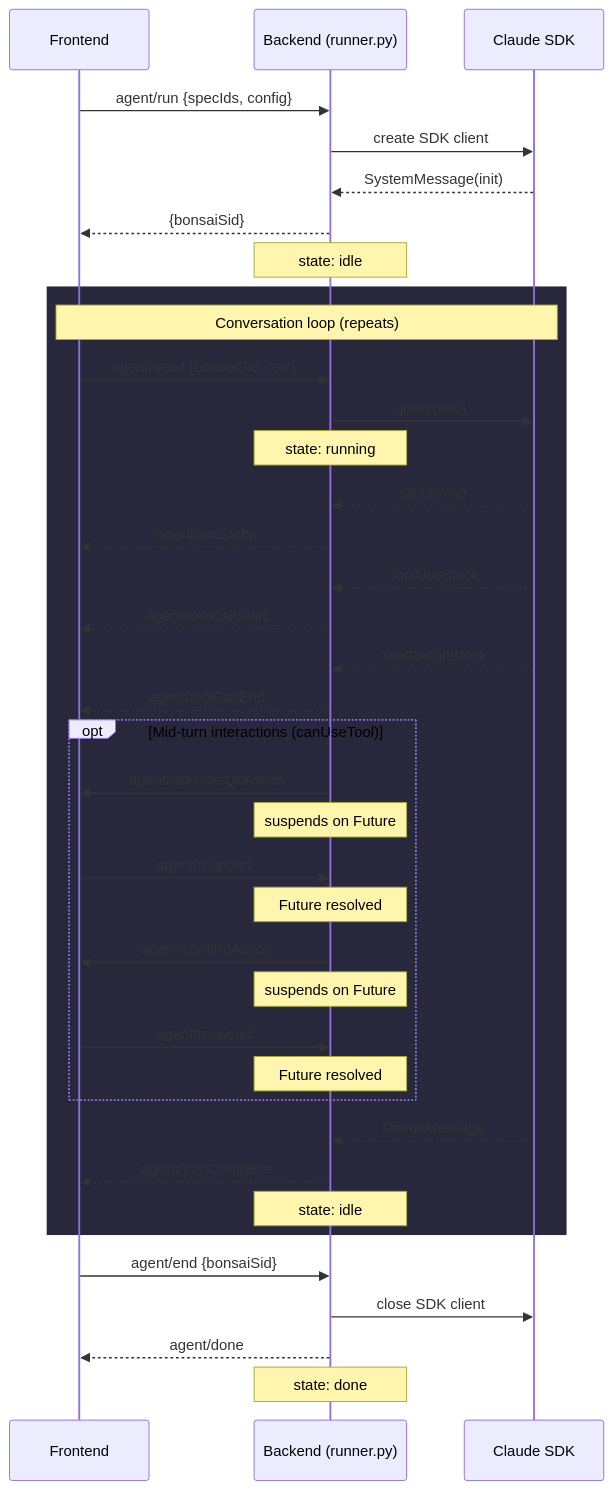
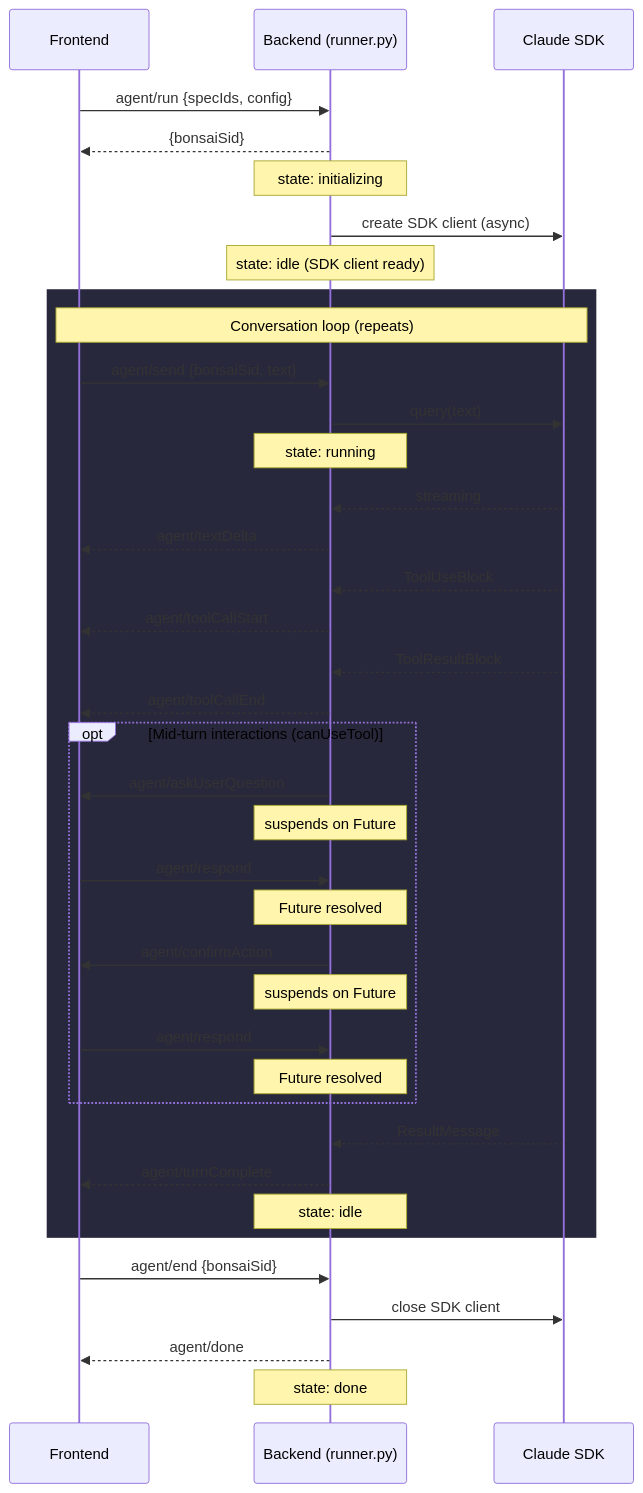
One commit to JetBrains/thinkrail changed the second of 5 diagrams in backend/app/agent/README.md. Above: the diagram before and after it, drawn with Mermaid. The commit also changed other lines of this file and 23 other files, not shown here.

````diff
--- a/backend/app/agent/README.md
+++ b/backend/app/agent/README.md
@@ -59,46 +64,46 @@
 ```mermaid
 sequenceDiagram
     participant F as Frontend
     participant B as Backend (runner.py)
     participant S as Claude SDK
 
     F->>B: agent/run {specIds, config}
-    B->>S: create SDK client
-    S-->>B: SystemMessage(init)
     B-->>F: {bonsaiSid}
-    Note over B: state: idle
+    Note over B: state: initializing
+    B->>S: create SDK client (async)
+    Note over B: state: idle (SDK client ready)
 
     rect rgb(40, 40, 60)
         Note over F,S: Conversation loop (repeats)
 
         F->>B: agent/send {bonsaiSid, text}
         B->>S: query(text)
         Note over B: state: running
         S-->>B: streaming
         B-->>F: agent/textDelta
         S-->>B: ToolUseBlock
         B-->>F: agent/toolCallStart
         S-->>B: ToolResultBlock
         B-->>F: agent/toolCallEnd
 
         opt Mid-turn interactions (canUseTool)
             B->>F: agent/askUserQuestion
             Note over B: suspends on Future
             F->>B: agent/respond
             Note over B: Future resolved
             B->>F: agent/confirmAction
             Note over B: suspends on Future
             F->>B: agent/respond
             Note over B: Future resolved
         end
 
         S-->>B: ResultMessage
         B-->>F: agent/turnComplete
         Note over B: state: idle
     end
 
     F->>B: agent/end {bonsaiSid}
     B->>S: close SDK client
     B-->>F: agent/done
     Note over B: state: done
 ```
````
